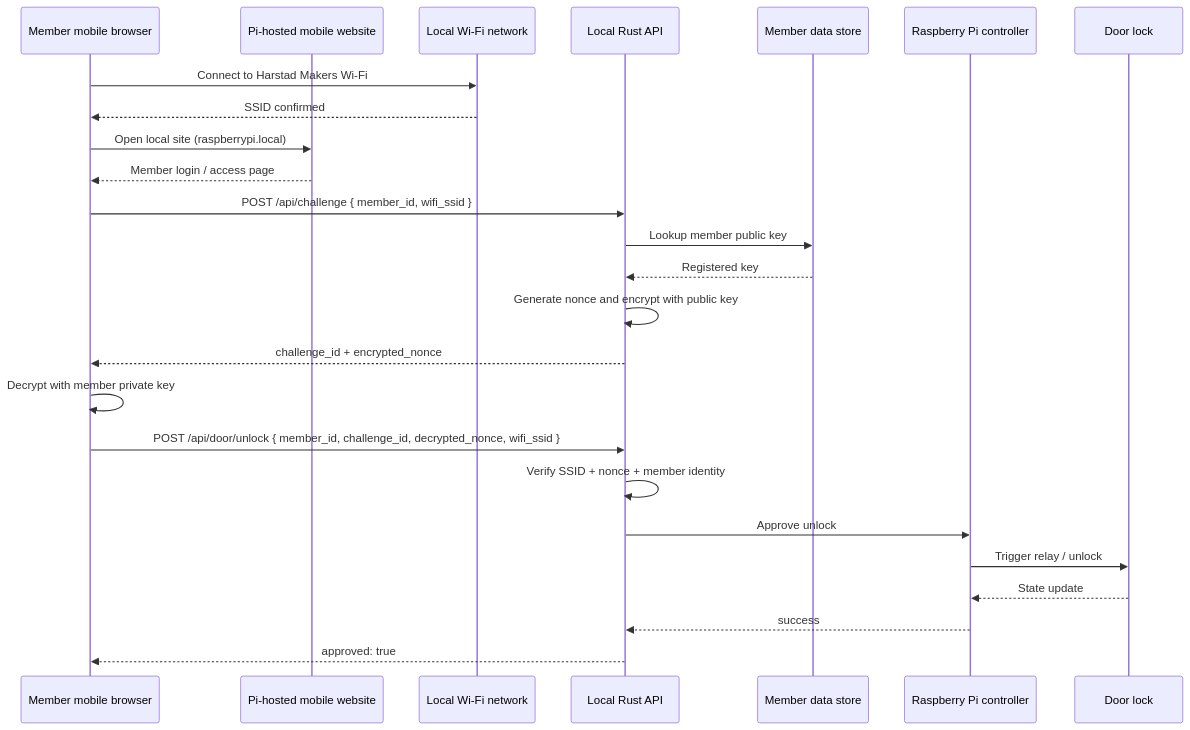
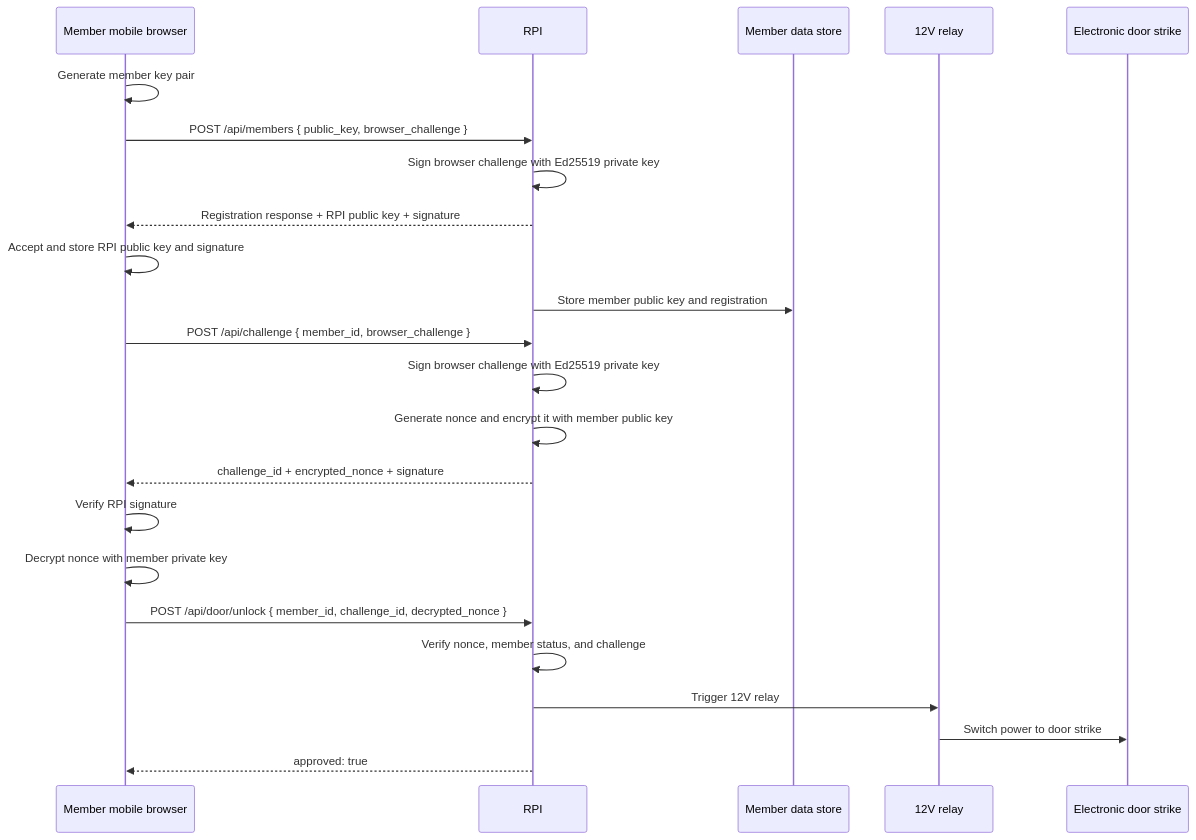
The third of 6 diagrams in architecture-diagrams.md (tplive/harstadmakers), drawn with Mermaid before and after one commit. The commit also changed other lines of this file, not shown here.

Commit message:
Oppdatere arkitekturdiagram

````diff
--- a/architecture-diagrams.md
+++ b/architecture-diagrams.md
@@ -48,28 +66,27 @@
 ```mermaid
 sequenceDiagram
     participant User as Member mobile browser
-    participant PiSite as Pi-hosted mobile website
-    participant LAN as Local Wi‑Fi network
-    participant API as Local Rust API
+    participant RPI as RPI
     participant Data as Member data store
-    participant DoorPi as Raspberry Pi controller
-    participant Lock as Door lock
+    participant Relay as 12V relay
+    participant Lock as Electronic door strike
 
-    User->>LAN: Connect to Harstad Makers Wi‑Fi
-    LAN-->>User: SSID confirmed
-    User->>PiSite: Open local site (raspberrypi.local)
-    PiSite-->>User: Member login / access page
-    User->>API: POST /api/challenge { member_id, wifi_ssid }
-    API->>Data: Lookup member public key
-    Data-->>API: Registered key
-    API->>API: Generate nonce and encrypt with public key
-    API-->>User: challenge_id + encrypted_nonce
-    User->>User: Decrypt with member private key
-    User->>API: POST /api/door/unlock { member_id, challenge_id, decrypted_nonce, wifi_ssid }
-    API->>API: Verify SSID + nonce + member identity
-    API->>DoorPi: Approve unlock
-    DoorPi->>Lock: Trigger relay / unlock
-    Lock-->>DoorPi: State update
-    DoorPi-->>API: success
-    API-->>User: approved: true
+    User->>User: Generate member key pair
+    User->>RPI: POST /api/members { public_key, browser_challenge }
+    RPI->>RPI: Sign browser challenge with Ed25519 private key
+    RPI-->>User: Registration response + RPI public key + signature
+    User->>User: Accept and store RPI public key and signature
+    RPI->>Data: Store member public key and registration
+
+    User->>RPI: POST /api/challenge { member_id, browser_challenge }
+    RPI->>RPI: Sign browser challenge with Ed25519 private key
+    RPI->>RPI: Generate nonce and encrypt it with member public key
+    RPI-->>User: challenge_id + encrypted_nonce + signature
+    User->>User: Verify RPI signature
+    User->>User: Decrypt nonce with member private key
+    User->>RPI: POST /api/door/unlock { member_id, challenge_id, decrypted_nonce }
+    RPI->>RPI: Verify nonce, member status, and challenge
+    RPI->>Relay: Trigger 12V relay
+    Relay->>Lock: Switch power to door strike
+    RPI-->>User: approved: true
 ```
````
